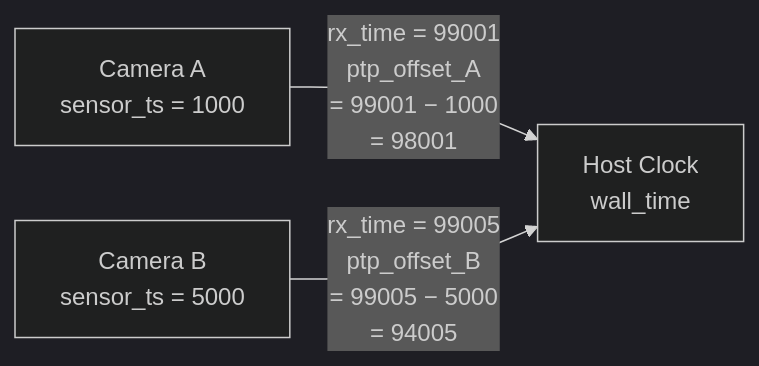
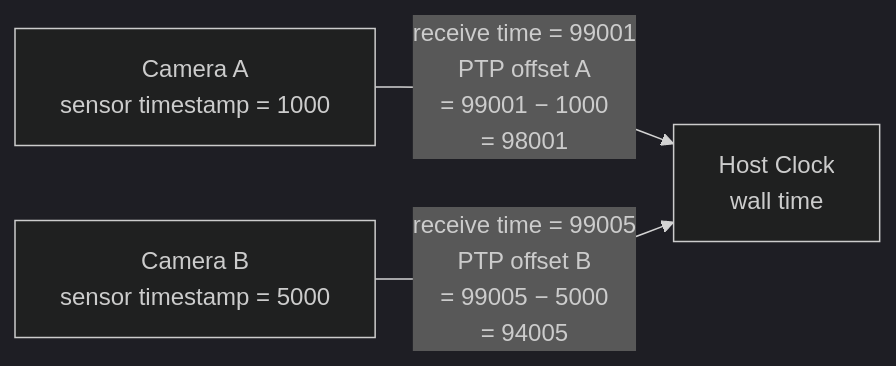
One commit to realsenseai/RealSenseNativeROS changed the third of 4 diagrams in apps/external_sync/README_external_sync.md. Above: the diagram before and after it, drawn with Mermaid (dark theme). The commit also changed other lines of this file and 1 other file, not shown here.

````diff
--- a/apps/external_sync/README_external_sync.md
+++ b/apps/external_sync/README_external_sync.md
@@ -397,5 +397,5 @@
 ```mermaid
 graph LR
-    CA["Camera A<br/>sensor_ts = 1000"] -->|"rx_time = 99001<br/>ptp_offset_A<br/>= 99001 − 1000<br/>= 98001"| Host["Host Clock<br/>wall_time"]
-    CB["Camera B<br/>sensor_ts = 5000"] -->|"rx_time = 99005<br/>ptp_offset_B<br/>= 99005 − 5000<br/>= 94005"| Host
+  CA["Camera A<br/>sensor timestamp = 1000"] -->|"receive time = 99001<br/>PTP offset A<br/>= 99001 − 1000<br/>= 98001"| Host["Host Clock<br/>wall time"]
+  CB["Camera B<br/>sensor timestamp = 5000"] -->|"receive time = 99005<br/>PTP offset B<br/>= 99005 − 5000<br/>= 94005"| Host
 ```
````
